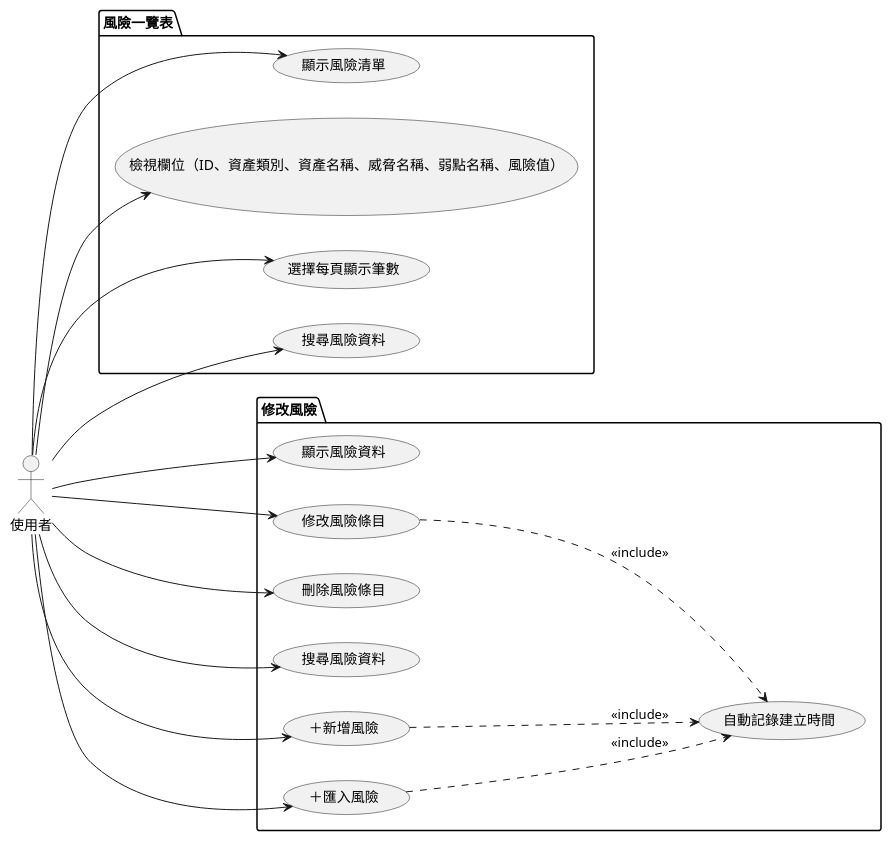
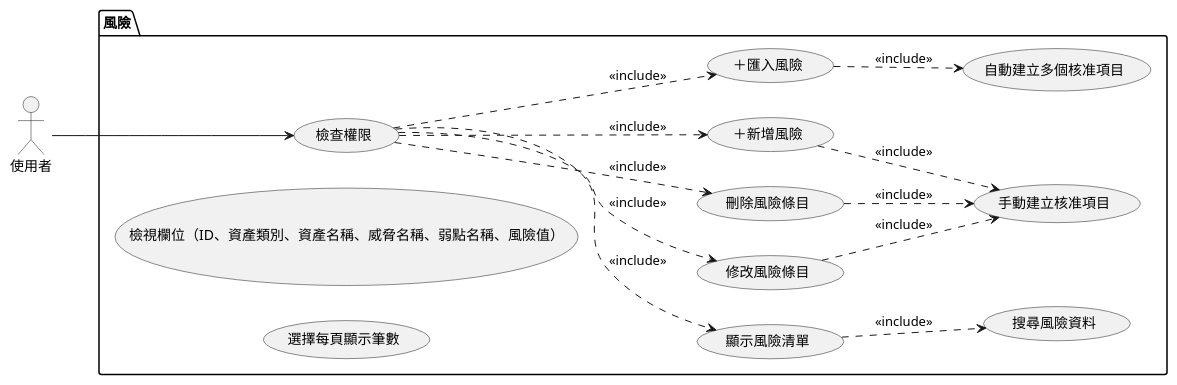
One commit to walle45611/NTUB_SecuManag_Diagram changed the diagram in mermaid/use_case/risk_overview&edit.puml. Above: the diagram before and after it, drawn with PlantUML. The commit also changed 7 other files, not shown here.

```diff
--- a/mermaid/use_case/risk_overview&edit.puml
+++ b/mermaid/use_case/risk_overview&edit.puml
@@ -1,39 +1,34 @@
-@startuml
+@startuml risk_overview
 
 left to right direction
 
 actor 使用者
 
-package "風險一覽表" {
+package "風險" {
+    usecase "檢查權限" as UC13
     usecase "顯示風險清單" as UC1
     usecase "檢視欄位（ID、資產類別、資產名稱、威脅名稱、弱點名稱、風險值）" as UC2
     usecase "選擇每頁顯示筆數" as UC3
     usecase "搜尋風險資料" as UC4
+    usecase "修改風險條目" as UC6
+    usecase "刪除風險條目" as UC7
+    usecase "＋新增風險" as UC9
+    usecase "＋匯入風險" as UC10
+    usecase "手動建立核准項目" as UC11
+    usecase "自動建立多個核准項目" as UC12
 }
 
-package "修改風險" {
-    usecase "顯示風險資料" as UC5
-    usecase "修改風險條目" as UC6
-    usecase "刪除風險條目" as UC7
-    usecase "搜尋風險資料" as UC8
-    usecase "＋新增風險" as UC9
-    usecase "＋匯入風險" as UC10
-    usecase "自動記錄建立時間" as UC11
-}
+使用者 --> UC13
+UC13 .down.> UC1 : <<include>>
+UC13 .down.> UC6 : <<include>>
+UC13 .down.> UC7 : <<include>>
+UC13 .down.> UC9 : <<include>>
+UC13 .down.> UC10 : <<include>>
 
+UC1 .down.> UC4 : <<include>>
 UC6 .down.> UC11 : <<include>>
+UC7 .down.> UC11 : <<include>>
 UC9 .down.> UC11 : <<include>>
-UC10 .down.> UC11 : <<include>>
-
-使用者 --> UC1
-使用者 --> UC2
-使用者 --> UC3
-使用者 --> UC4
-使用者 --> UC5
-使用者 --> UC6
-使用者 --> UC7
-使用者 --> UC8
-使用者 --> UC9
-使用者 --> UC10
+UC10 .down.> UC12 : <<include>>
 
 @enduml
```
